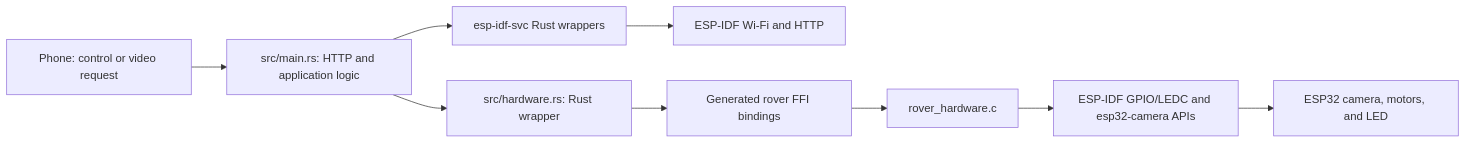
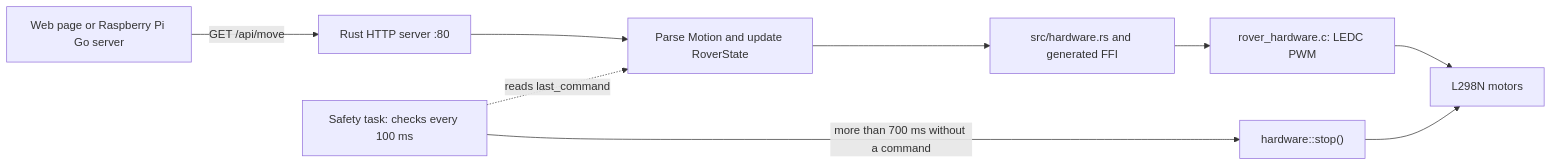
Before and after one commit to Parkwochang/cam-rover-esp32: the second of 3 diagrams in README.md, drawn with Mermaid. The commit also changed other lines of this file and 3 other files, not shown here.

Commit message:
docs: flow docs

````diff
--- a/README.md
+++ b/README.md
@@ -52,11 +52,11 @@
 ```mermaid
 flowchart LR
-    A["Phone: control or video request"] --> B["src/main.rs: HTTP and application logic"]
-    B --> C["esp-idf-svc Rust wrappers"]
-    C --> D["ESP-IDF Wi-Fi and HTTP"]
-    B --> E["src/hardware.rs: Rust wrapper"]
-    E --> F["Generated rover FFI bindings"]
-    F --> G["rover_hardware.c"]
-    G --> H["ESP-IDF GPIO/LEDC and esp32-camera APIs"]
-    H --> I["ESP32 camera, motors, and LED"]
+    A["Web page or Raspberry Pi Go server"] -->|"GET /api/move"| B["Rust HTTP server :80"]
+    B --> C["Parse Motion and update RoverState"]
+    C --> D["src/hardware.rs and generated FFI"]
+    D --> E["rover_hardware.c: LEDC PWM"]
+    E --> F["L298N motors"]
+    G["Safety task: checks every 100 ms"] -.->|"reads last_command"| C
+    G -->|"more than 700 ms without a command"| H["hardware::stop()"]
+    H --> F
 ```
````
